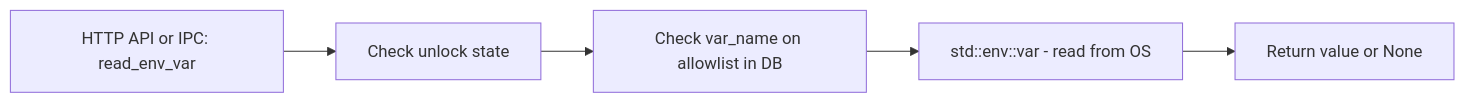
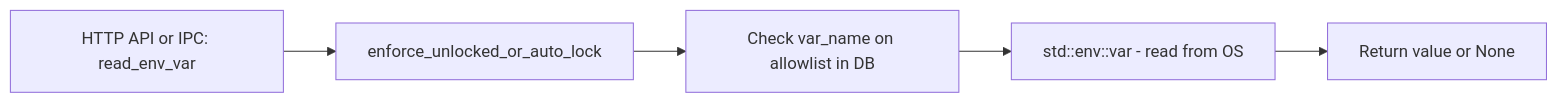
Before and after one commit to RynAgain/TamperMonkey-Secret-Manager: the sixth of 7 diagrams in plans/security-review.md, drawn with Mermaid. The commit also changed other lines of this file and 9 other files, not shown here.

````diff
--- a/plans/security-review.md
+++ b/plans/security-review.md
@@ -283,7 +543,7 @@
 ```mermaid
 graph LR
-    A[HTTP API or IPC: read_env_var] --> B[Check unlock state]
+    A[HTTP API or IPC: read_env_var] --> B[enforce_unlocked_or_auto_lock]
     B --> C[Check var_name on allowlist in DB]
     C --> D[std::env::var - read from OS]
     D --> E[Return value or None]
 ```
````
